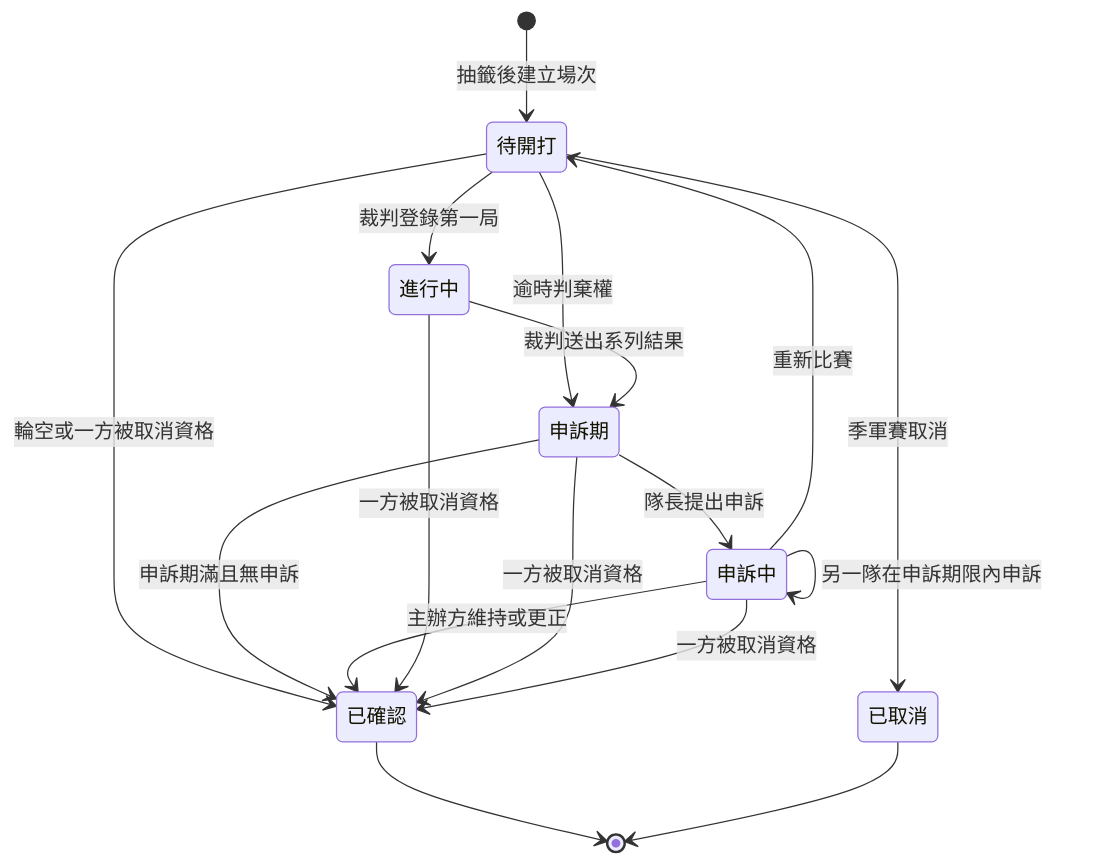
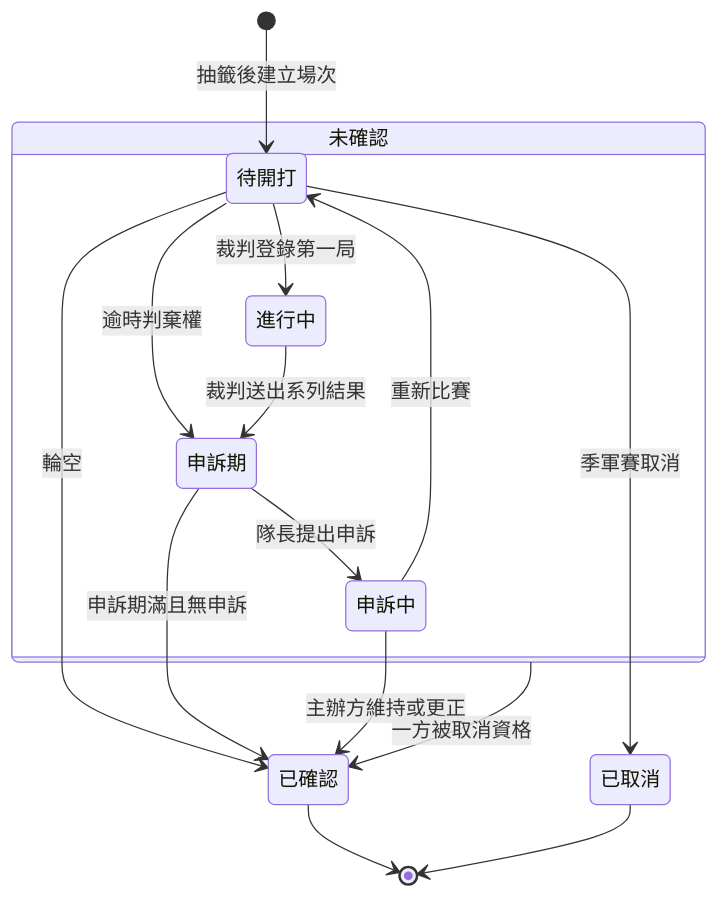
Before and after one commit to Team14good/esport-platform: the third of 19 diagrams in docs/midterm/B-軟體需求分析文件.md, drawn with Mermaid. The commit also changed other lines of this file and 11 other files, not shown here.

First line of the commit message:
docs: 簡化期中文件 B、C 的圖面 (#83)

````diff
--- a/docs/midterm/B-軟體需求分析文件.md
+++ b/docs/midterm/B-軟體需求分析文件.md
@@ -635,25 +635,26 @@
 ```mermaid
+%%{init: {"themeCSS": ".edgeLabels .edgeLabel:nth-of-type(13) foreignObject { transform: translate(14px, 14px); }"}}%%
 stateDiagram-v2
-  state "待開打" as scheduled
-  state "進行中" as live
-  state "申訴期" as appeal_window
-  state "申訴中" as appealed
+  %% 第 13 個轉換標籤（一方被取消資格）往右下移，避免與「主辦方維持或更正」重疊；增刪轉換時要重新確認序號
   state "已確認" as confirmed
   state "已取消" as voided
+  state "未確認" as unconfirmed {
+    state "待開打" as scheduled
+    state "進行中" as live
+    state "申訴期" as appeal_window
+    state "申訴中" as appealed
+    scheduled --> live : 裁判登錄第一局
+    scheduled --> appeal_window : 逾時判棄權
+    live --> appeal_window : 裁判送出系列結果
+    appeal_window --> appealed : 隊長提出申訴
+    appealed --> scheduled : 重新比賽
+  }
   [*] --> scheduled : 抽籤後建立場次
-  scheduled --> live : 裁判登錄第一局
-  scheduled --> appeal_window : 逾時判棄權
-  scheduled --> confirmed : 輪空或一方被取消資格
+  unconfirmed --> confirmed : 一方被取消資格
+  scheduled --> confirmed : 輪空
   scheduled --> voided : 季軍賽取消
-  live --> appeal_window : 裁判送出系列結果
   appeal_window --> confirmed : 申訴期滿且無申訴
-  appeal_window --> appealed : 隊長提出申訴
-  appealed --> appealed : 另一隊在申訴期限內申訴
   appealed --> confirmed : 主辦方維持或更正
-  appealed --> scheduled : 重新比賽
-  live --> confirmed : 一方被取消資格
-  appeal_window --> confirmed : 一方被取消資格
-  appealed --> confirmed : 一方被取消資格
   confirmed --> [*]
   voided --> [*]
 ```
````
